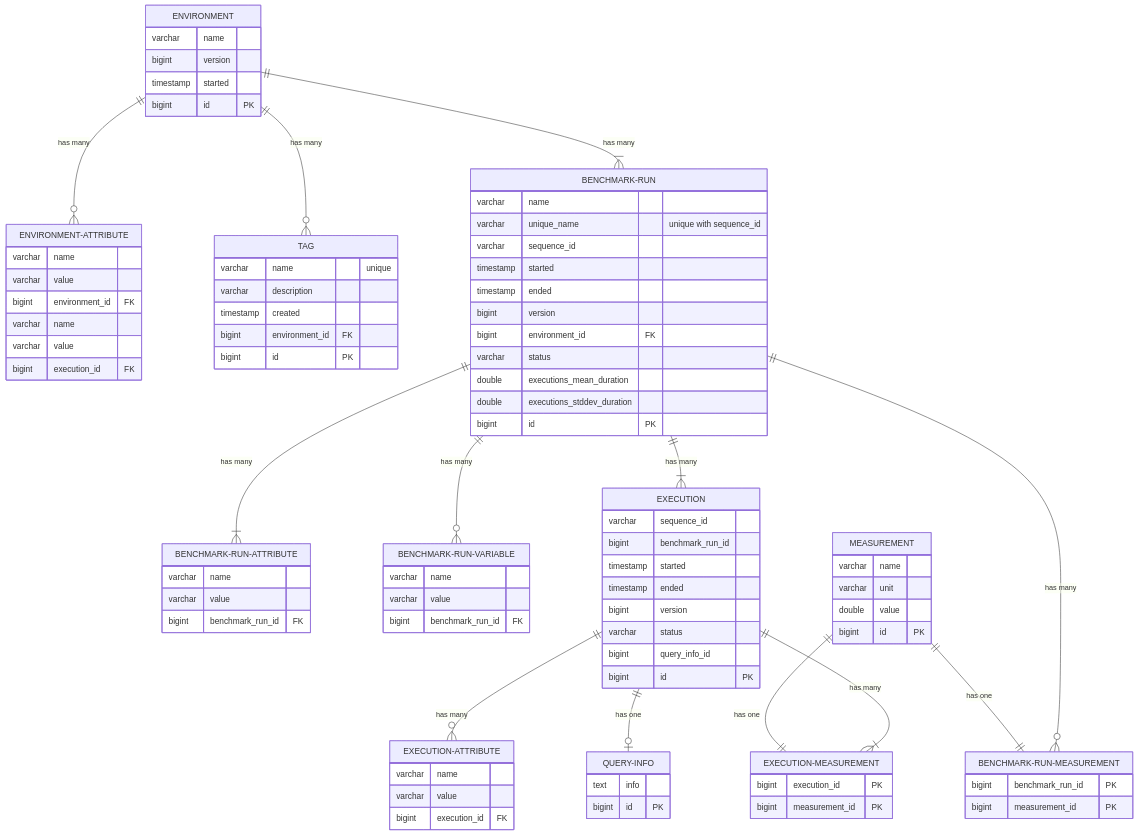
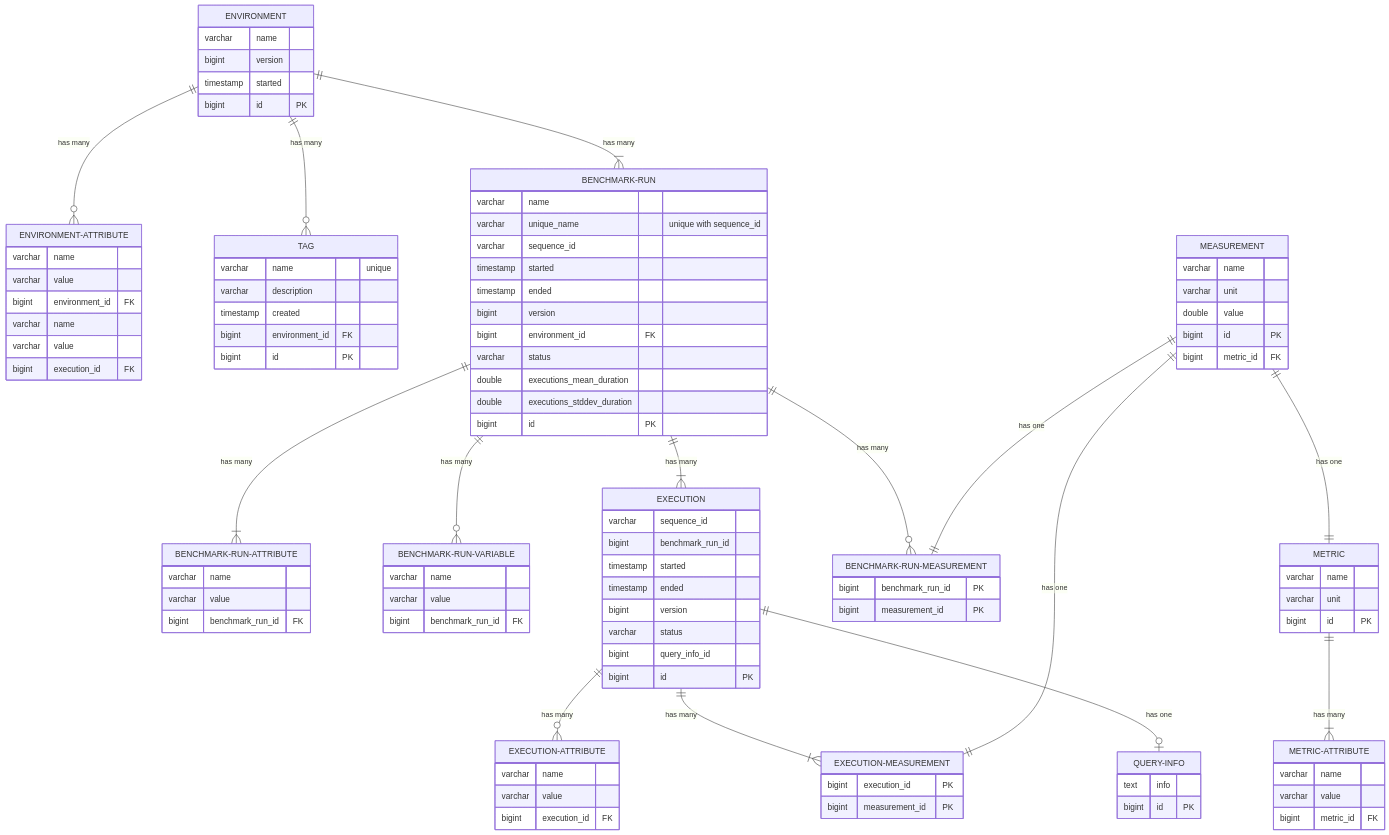
The diagram in docs/data-model/README.md (trinodb/benchto), drawn with Mermaid before and after one commit. The commit also changed other lines of this file, not shown here.

Commit message:
Document metrics in the data model

````diff
--- a/docs/data-model/README.md
+++ b/docs/data-model/README.md
@@ -83,11 +83,13 @@
     }
     MEASUREMENT ||--|| BENCHMARK-RUN-MEASUREMENT : "has one"
     MEASUREMENT ||--|| EXECUTION-MEASUREMENT : "has one"
+    MEASUREMENT ||--|| METRIC : "has one"
     MEASUREMENT {
         varchar name
         varchar unit
         double value
         bigint id PK
+        bigint metric_id FK
     }
     BENCHMARK-RUN-MEASUREMENT {
         bigint benchmark_run_id PK
@@ -97,4 +99,15 @@
         bigint execution_id PK
         bigint measurement_id PK
     }
+    METRIC ||--|{ METRIC-ATTRIBUTE : "has many"
+    METRIC {
+        varchar name
+        varchar unit
+        bigint id PK
+    }
+    METRIC-ATTRIBUTE {
+        varchar name
+        varchar value
+        bigint metric_id FK
+    }
 ```
````
